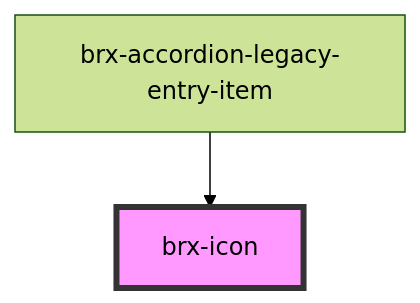
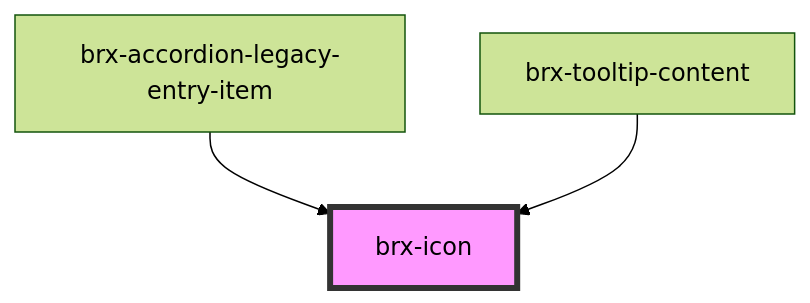
Before and after one commit to copperui/copperui: the diagram in packages/core/src/components/brx-icon/readme.md, drawn with Mermaid (forest theme). The commit also changed other lines of this file and 14 other files, not shown here.

First line of the commit message:
feat(core): components: brx-tooltip (#4)

````diff
--- a/packages/core/src/components/brx-icon/readme.md
+++ b/packages/core/src/components/brx-icon/readme.md
@@ -23,5 +24,6 @@
 ```mermaid
 graph TD;
   brx-accordion-legacy-entry-item --> brx-icon
+  brx-tooltip-content --> brx-icon
   style brx-icon fill:#f9f,stroke:#333,stroke-width:4px
 ```
````
